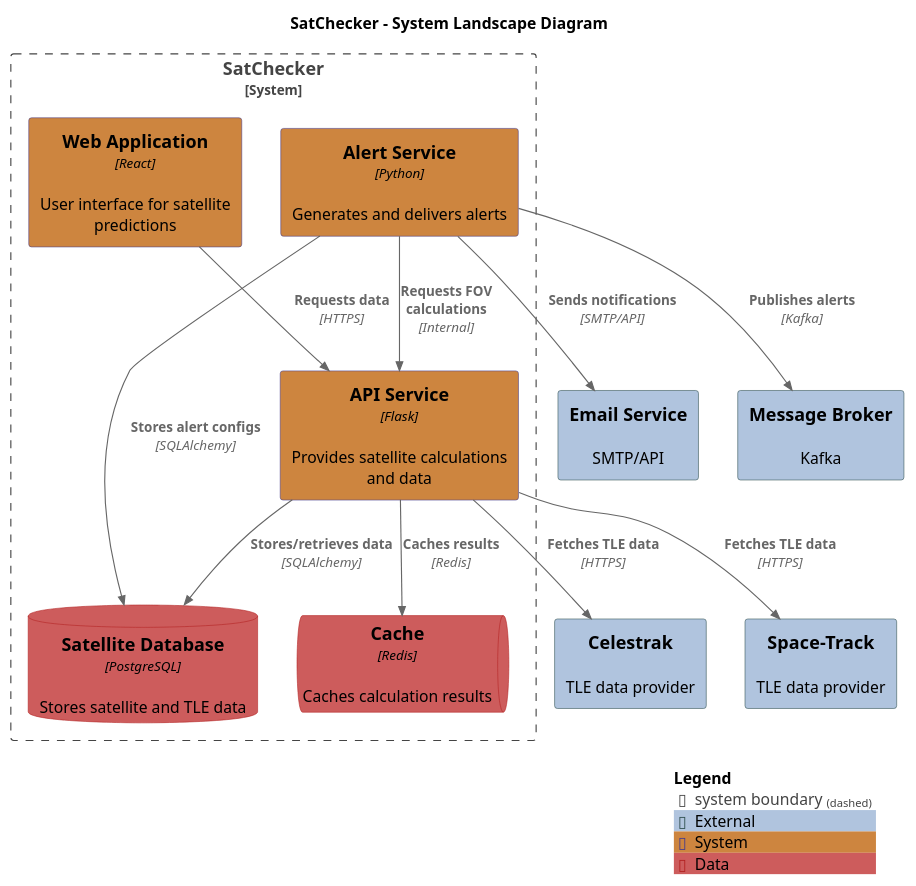
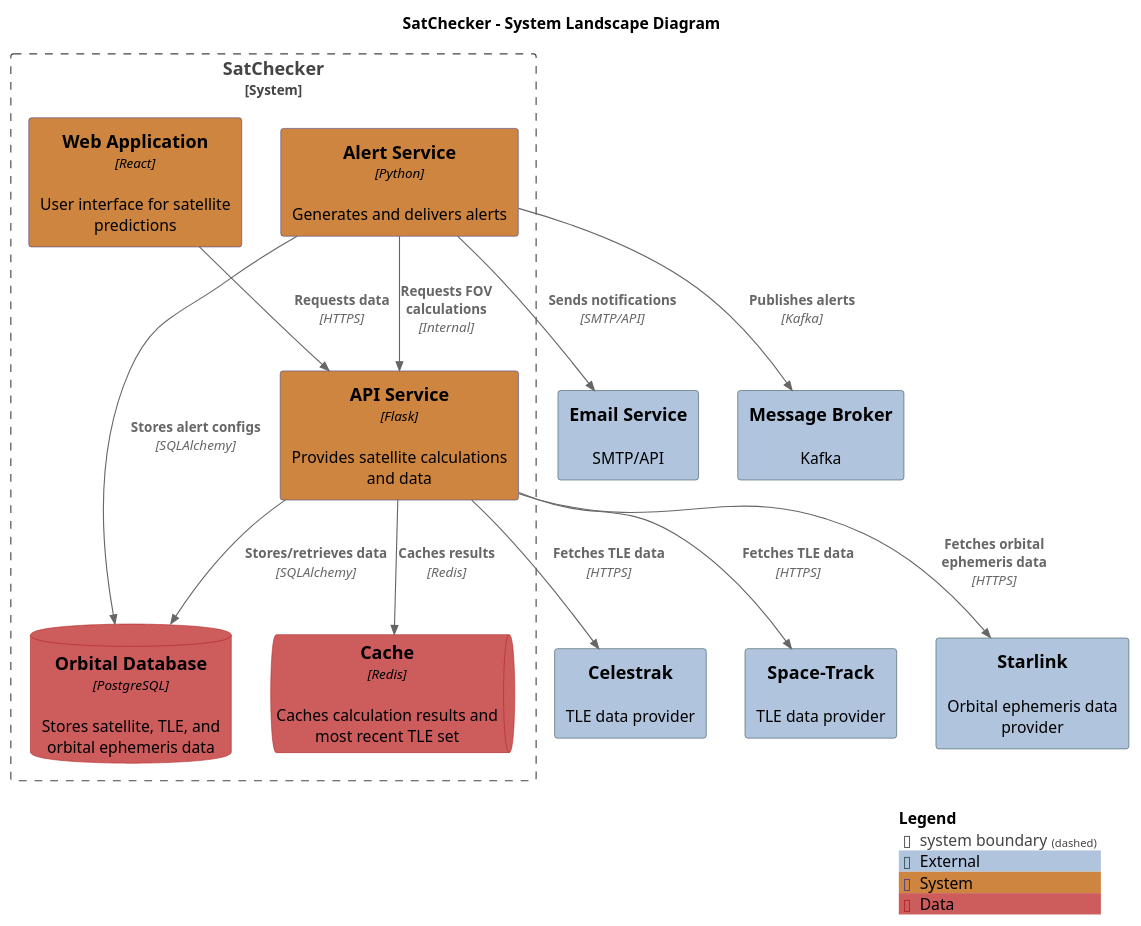
One commit to iausathub/satchecker changed the diagram in dev/diagrams/system_landscape.puml. Above: the diagram before and after it, drawn with PlantUML.

Commit message:
Auto stash before merge of "ephemeris_data_s3" and "develop"

```diff
--- a/dev/diagrams/system_landscape.puml
+++ b/dev/diagrams/system_landscape.puml
@@ -1,43 +1,45 @@
 @startuml
 !include https://raw.githubusercontent.com/plantuml-stdlib/C4-PlantUML/master/C4_Context.puml
 !include https://raw.githubusercontent.com/plantuml-stdlib/C4-PlantUML/master/C4_Container.puml
 !include https://raw.githubusercontent.com/plantuml-stdlib/C4-PlantUML/master/C4_Component.puml
 
 LAYOUT_WITH_LEGEND()
 
 AddElementTag("External", $bgColor="LightSteelBlue", $borderColor="DarkSlateGray", $fontColor="black")
 AddElementTag("System", $bgColor="Peru", $borderColor="DarkSlateBlue", $fontColor="black")
 AddElementTag("Data", $bgColor="IndianRed", $borderColor="FireBrick", $fontColor="black")
 
 title SatChecker - System Landscape Diagram
 
 ' External Systems
 System_Ext(celestrak, "Celestrak", "TLE data provider", $tags="External")
 System_Ext(spacetrack, "Space-Track", "TLE data provider", $tags="External")
+System_Ext(starlink, "Starlink", "Orbital ephemeris data provider", $tags="External")
 System_Ext(email_service, "Email Service", "SMTP/API", $tags="External")
 System_Ext(message_broker, "Message Broker", "Kafka", $tags="External")
 
 ' SatChecker Systems
 System_Boundary(satchecker, "SatChecker") {
     Container(web_app, "Web Application", "React", "User interface for satellite predictions", $tags="System")
     Container(api_service, "API Service", "Flask", "Provides satellite calculations and data", $tags="System")
     Container(alert_service, "Alert Service", "Python", "Generates and delivers alerts", $tags="System")
-    ContainerDb(satellite_db, "Satellite Database", "PostgreSQL", "Stores satellite and TLE data", $tags="Data")
-    ContainerQueue(cache, "Cache", "Redis", "Caches calculation results", $tags="Data")
+    ContainerDb(satellite_db, "Orbital Database", "PostgreSQL", "Stores satellite, TLE, and orbital ephemeris data", $tags="Data")
+    ContainerQueue(cache, "Cache", "Redis", "Caches calculation results and most recent TLE set", $tags="Data")
 }
 
 ' Relationships
 Rel(api_service, celestrak, "Fetches TLE data", "HTTPS")
 Rel(api_service, spacetrack, "Fetches TLE data", "HTTPS")
+Rel(api_service, starlink, "Fetches orbital ephemeris data", "HTTPS")
 Rel(alert_service, email_service, "Sends notifications", "SMTP/API")
 Rel(alert_service, message_broker, "Publishes alerts", "Kafka")
 Rel(web_app, api_service, "Requests data", "HTTPS")
 Rel(alert_service, api_service, "Requests FOV calculations", "Internal")
 
 ' Data Flow
 Rel_Down(api_service, satellite_db, "Stores/retrieves data", "SQLAlchemy")
 Rel_Down(api_service, cache, "Caches results", "Redis")
 Rel_Down(alert_service, satellite_db, "Stores alert configs", "SQLAlchemy")
 
 SHOW_LEGEND()
 @enduml
```
